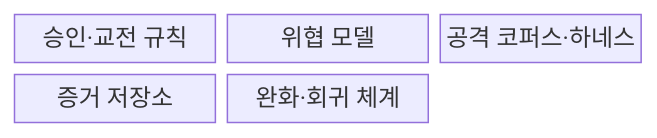
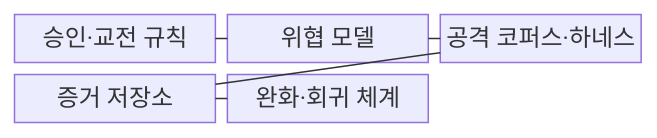
Before and after one commit to agnusdei1207/knowledge-base: the first of 2 diagrams in src/content/docs/notes/08-latest-tech/115_ai_red_teaming.md, drawn with Mermaid. The commit also changed other lines of this file and 228 other files, not shown here.

````diff
--- a/src/content/docs/notes/08-latest-tech/115_ai_red_teaming.md
+++ b/src/content/docs/notes/08-latest-tech/115_ai_red_teaming.md
@@ -50,9 +50,13 @@
 ```mermaid
 block-beta
     columns 3
     R["승인·교전 규칙"]
     T["위협 모델"]
     H["공격 코퍼스·하네스"]
     E["증거 저장소"]
     M["완화·회귀 체계"]
+    R --- T
+    T --- H
+    H --- E
+    E --- M
 ```
````
